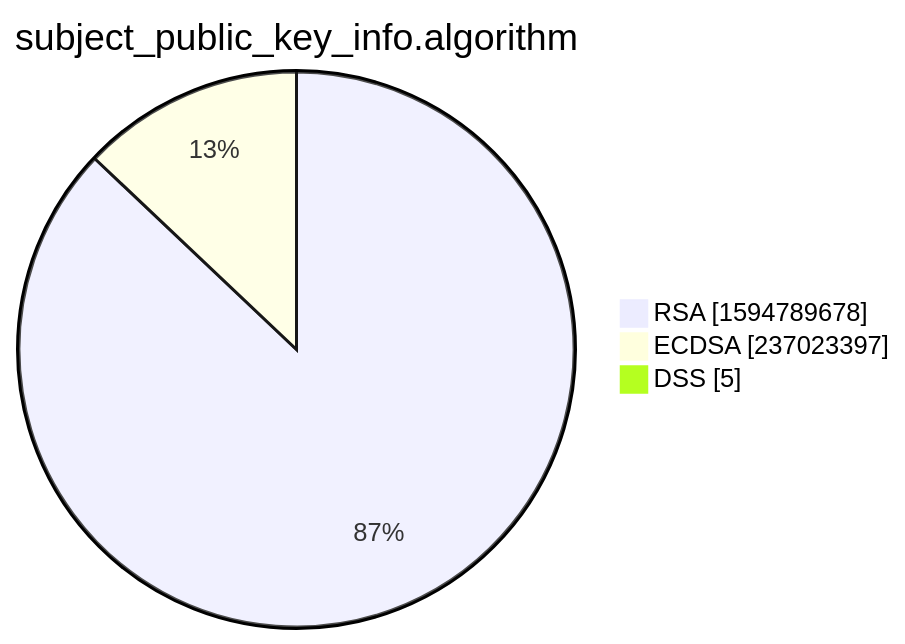
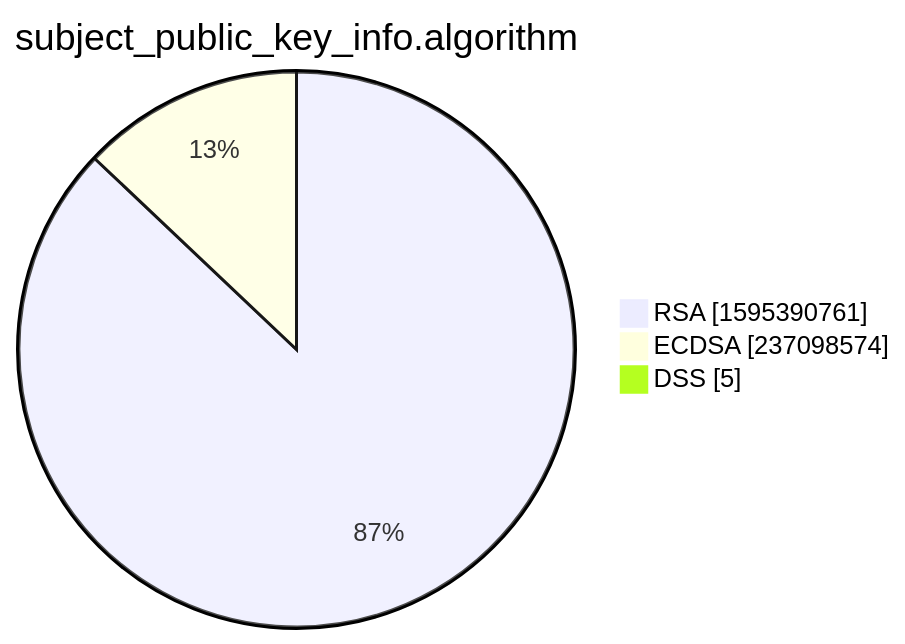
Before and after one commit to christiankrug/ctmonitor_visualization: the third of 15 diagrams in xenon2022/README.md, drawn with Mermaid. The commit also changed other lines of this file, not shown here.

````diff
--- a/xenon2022/README.md
+++ b/xenon2022/README.md
@@ -14,7 +14,7 @@
 ```mermaid
 pie showData
 title subject_public_key_info.algorithm
-"RSA" :1594789678
-"ECDSA" :237023397
+"RSA" :1595390761
+"ECDSA" :237098574
 "DSS" :5
 ```
````
